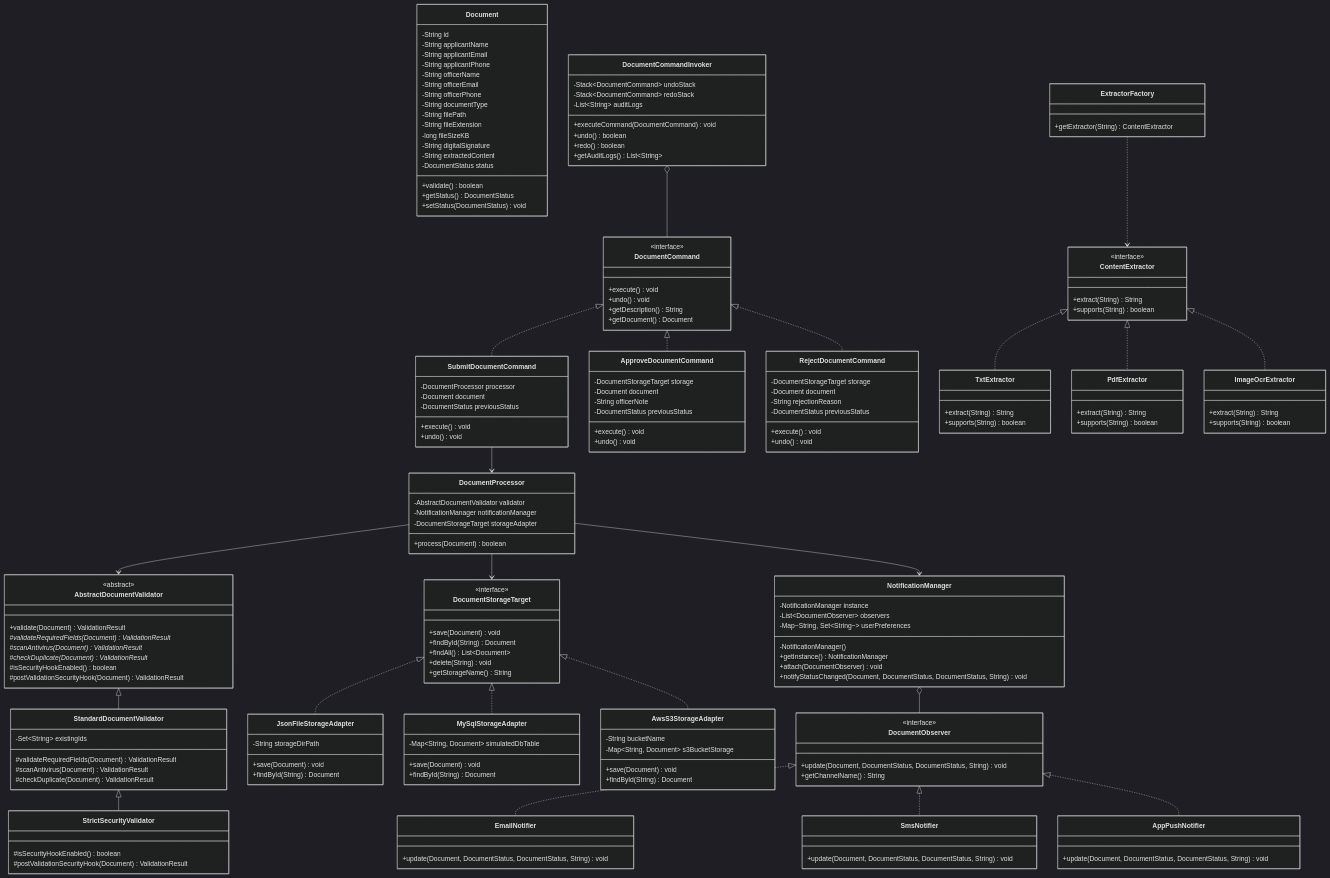
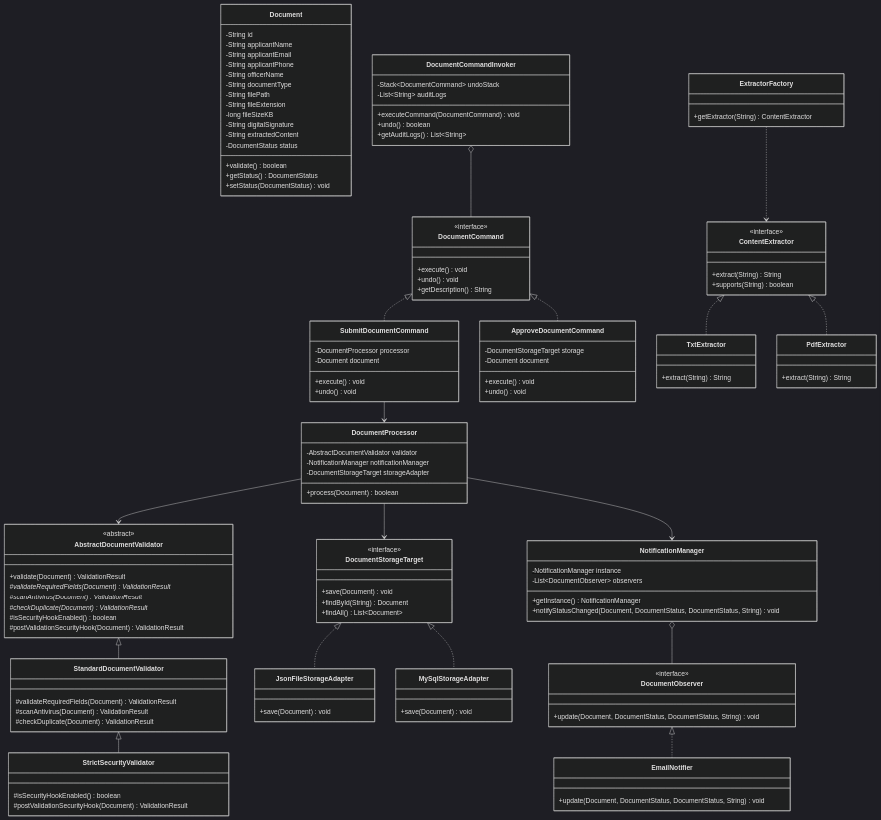
Before and after one commit to nguyenquangtuu/e-document: the first of 2 diagrams in BAO_CAO_TIET_LUAN_GIUA_KY.md, drawn with Mermaid (dark theme). The commit also changed other lines of this file and 2 other files, not shown here.

````diff
--- a/BAO_CAO_TIET_LUAN_GIUA_KY.md
+++ b/BAO_CAO_TIET_LUAN_GIUA_KY.md
@@ -185,14 +676,12 @@
 ```mermaid
 classDiagram
-    %% MODULE MODEL
+    %% MODEL
     class Document {
         -String id
         -String applicantName
         -String applicantEmail
         -String applicantPhone
         -String officerName
-        -String officerEmail
-        -String officerPhone
         -String documentType
         -String filePath
         -String fileExtension
@@ -205,57 +694,37 @@
         +setStatus(DocumentStatus) void
     }
 
-    %% MODULE COMMAND PATTERN (CHUONG 7)
+    %% COMMAND PATTERN
     class DocumentCommand {
         <<interface>>
         +execute() void
         +undo() void
         +getDescription() String
-        +getDocument() Document
     }
-
     class SubmitDocumentCommand {
         -DocumentProcessor processor
         -Document document
-        -DocumentStatus previousStatus
         +execute() void
         +undo() void
     }
-
     class ApproveDocumentCommand {
         -DocumentStorageTarget storage
         -Document document
-        -String officerNote
-        -DocumentStatus previousStatus
         +execute() void
         +undo() void
     }
-
-    class RejectDocumentCommand {
-        -DocumentStorageTarget storage
-        -Document document
-        -String rejectionReason
-        -DocumentStatus previousStatus
-        +execute() void
-        +undo() void
-    }
-
     class DocumentCommandInvoker {
         -Stack~DocumentCommand~ undoStack
-        -Stack~DocumentCommand~ redoStack
         -List~String~ auditLogs
         +executeCommand(DocumentCommand) void
         +undo() boolean
-        +redo() boolean
         +getAuditLogs() List~String~
     }
-
     DocumentCommand <|.. SubmitDocumentCommand
     DocumentCommand <|.. ApproveDocumentCommand
-    DocumentCommand <|.. RejectDocumentCommand
     DocumentCommandInvoker o-- DocumentCommand
 
-    %% MODULE TEMPLATE METHOD PATTERN (CHUONG 4)
+    %% TEMPLATE METHOD PATTERN
     class AbstractDocumentValidator {
         <<abstract>>
         +validate(Document) ValidationResult
@@ -265,128 +734,77 @@
         #isSecurityHookEnabled() boolean
         #postValidationSecurityHook(Document) ValidationResult
     }
-
     class StandardDocumentValidator {
-        -Set~String~ existingIds
         #validateRequiredFields(Document) ValidationResult
         #scanAntivirus(Document) ValidationResult
         #checkDuplicate(Document) ValidationResult
     }
-
     class StrictSecurityValidator {
         #isSecurityHookEnabled() boolean
         #postValidationSecurityHook(Document) ValidationResult
     }
-
     AbstractDocumentValidator <|-- StandardDocumentValidator
     StandardDocumentValidator <|-- StrictSecurityValidator
 
-    %% MODULE STRATEGY & FACTORY METHOD (CHUONG 3 & 5)
+    %% STRATEGY & FACTORY
     class ContentExtractor {
         <<interface>>
         +extract(String) String
         +supports(String) boolean
     }
-
     class TxtExtractor {
         +extract(String) String
-        +supports(String) boolean
     }
-
     class PdfExtractor {
         +extract(String) String
-        +supports(String) boolean
     }
-
-    class ImageOcrExtractor {
-        +extract(String) String
-        +supports(String) boolean
-    }
-
     class ExtractorFactory {
         +getExtractor(String) ContentExtractor
     }
-
     ContentExtractor <|.. TxtExtractor
     ContentExtractor <|.. PdfExtractor
-    ContentExtractor <|.. ImageOcrExtractor
     ExtractorFactory ..> ContentExtractor
 
-    %% MODULE ADAPTER PATTERN (CHUONG 8)
+    %% ADAPTER PATTERN
     class DocumentStorageTarget {
         <<interface>>
         +save(Document) void
         +findById(String) Document
         +findAll() List~Document~
-        +delete(String) void
-        +getStorageName() String
     }
-
     class JsonFileStorageAdapter {
-        -String storageDirPath
         +save(Document) void
-        +findById(String) Document
     }
-
     class MySqlStorageAdapter {
-        -Map~String, Document~ simulatedDbTable
         +save(Document) void
-        +findById(String) Document
     }
-
-    class AwsS3StorageAdapter {
-        -String bucketName
-        -Map~String, Document~ s3BucketStorage
-        +save(Document) void
-        +findById(String) Document
-    }
-
     DocumentStorageTarget <|.. JsonFileStorageAdapter
     DocumentStorageTarget <|.. MySqlStorageAdapter
-    DocumentStorageTarget <|.. AwsS3StorageAdapter
 
-    %% MODULE OBSERVER & SINGLETON (CHUONG 9 & 2)
+    %% SINGLETON & OBSERVER
     class NotificationManager {
         -NotificationManager instance$
         -List~DocumentObserver~ observers
-        -Map~String, Set~String~~ userPreferences
-        -NotificationManager()
         +getInstance()$ NotificationManager
-        +attach(DocumentObserver) void
         +notifyStatusChanged(Document, DocumentStatus, DocumentStatus, String) void
     }
-
     class DocumentObserver {
         <<interface>>
         +update(Document, DocumentStatus, DocumentStatus, String) void
-        +getChannelName() String
     }
-
     class EmailNotifier {
         +update(Document, DocumentStatus, DocumentStatus, String) void
     }
-
-    class SmsNotifier {
-        +update(Document, DocumentStatus, DocumentStatus, String) void
-    }
-
-    class AppPushNotifier {
-        +update(Document, DocumentStatus, DocumentStatus, String) void
-    }
-
     DocumentObserver <|.. EmailNotifier
-    DocumentObserver <|.. SmsNotifier
-    DocumentObserver <|.. AppPushNotifier
     NotificationManager o-- DocumentObserver
 
-    %% SERVICE TIEP NHAN
+    %% SERVICE
     class DocumentProcessor {
         -AbstractDocumentValidator validator
         -NotificationManager notificationManager
         -DocumentStorageTarget storageAdapter
         +process(Document) boolean
     }
-
     DocumentProcessor --> AbstractDocumentValidator
     DocumentProcessor --> NotificationManager
     DocumentProcessor --> DocumentStorageTarget
````
